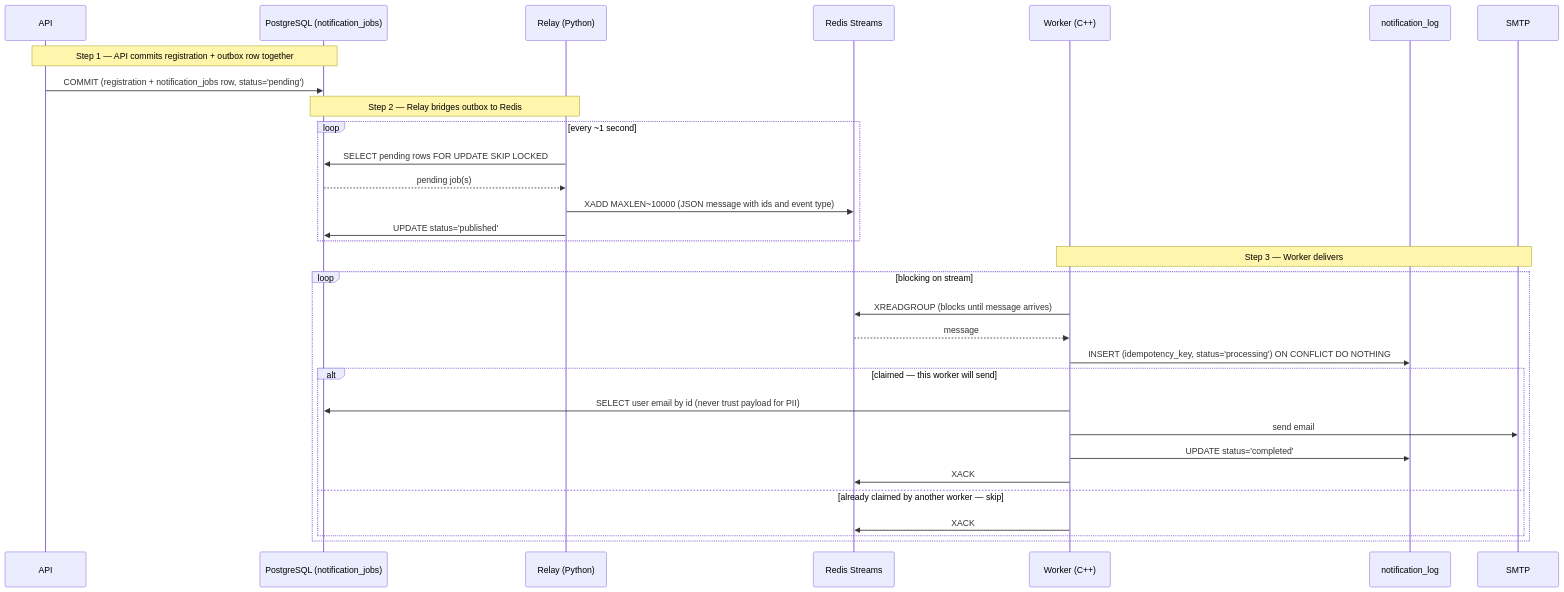
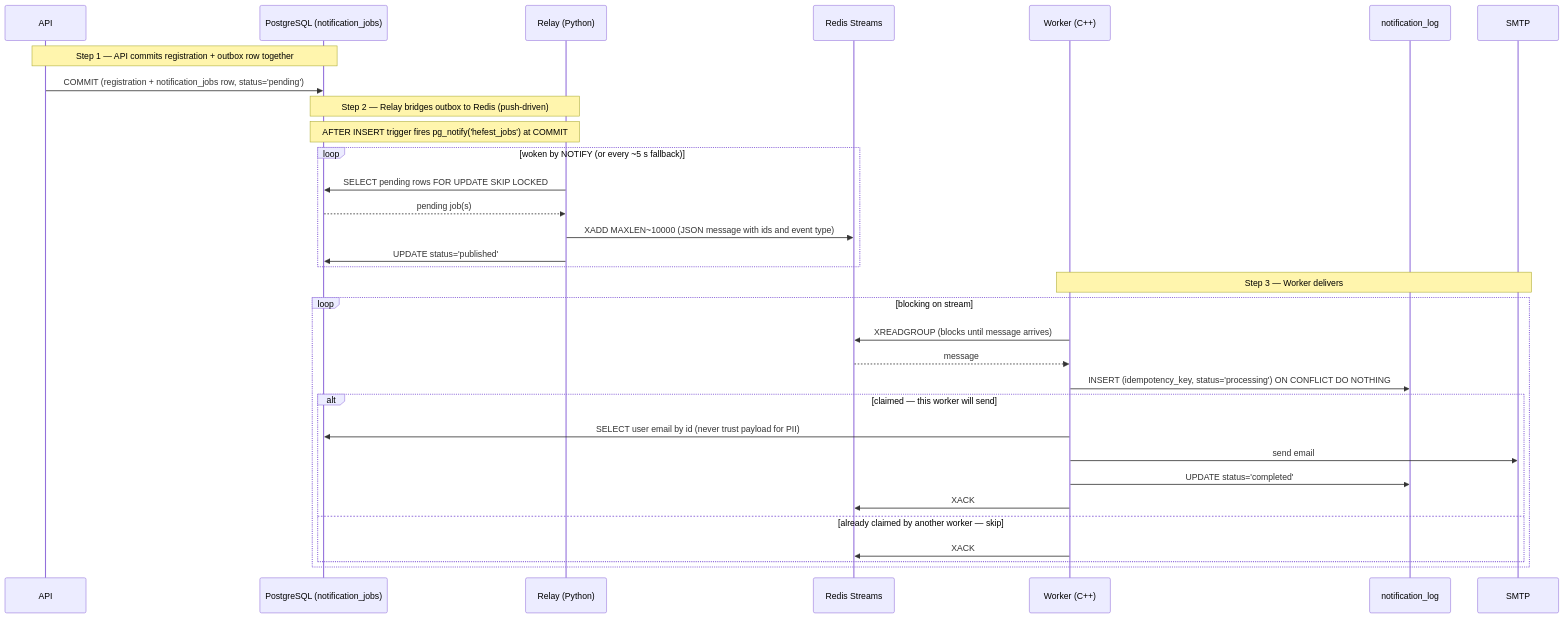
The fifth of 8 diagrams in docs/superpowers/specs/2026-06-16-backend-architecture-design.md (hefest2026/hefest-docs), drawn with Mermaid before and after one commit. The commit also changed other lines of this file, not shown here.

First line of the commit message:
docs: relay LISTEN/NOTIFY architecture decision (HEF-16)

````diff
--- a/docs/superpowers/specs/2026-06-16-backend-architecture-design.md
+++ b/docs/superpowers/specs/2026-06-16-backend-architecture-design.md
@@ -366,36 +366,37 @@
 ```mermaid
 sequenceDiagram
     participant API
     participant PG as PostgreSQL (notification_jobs)
     participant Relay as Relay (Python)
     participant Redis as Redis Streams
     participant Worker as Worker (C++)
     participant Log as notification_log
     participant SMTP
 
     Note over API,PG: Step 1 — API commits registration + outbox row together
     API->>PG: COMMIT (registration + notification_jobs row, status='pending')
 
-    Note over Relay,PG: Step 2 — Relay bridges outbox to Redis
-    loop every ~1 second
+    Note over Relay,PG: Step 2 — Relay bridges outbox to Redis (push-driven)
+    Note over PG,Relay: AFTER INSERT trigger fires pg_notify('hefest_jobs') at COMMIT
+    loop woken by NOTIFY (or every ~5 s fallback)
         Relay->>PG: SELECT pending rows FOR UPDATE SKIP LOCKED
         PG-->>Relay: pending job(s)
         Relay->>Redis: XADD MAXLEN~10000 (JSON message with ids and event type)
         Relay->>PG: UPDATE status='published'
     end
 
     Note over Worker,SMTP: Step 3 — Worker delivers
     loop blocking on stream
         Worker->>Redis: XREADGROUP (blocks until message arrives)
         Redis-->>Worker: message
         Worker->>Log: INSERT (idempotency_key, status='processing') ON CONFLICT DO NOTHING
         alt claimed — this worker will send
             Worker->>PG: SELECT user email by id (never trust payload for PII)
             Worker->>SMTP: send email
             Worker->>Log: UPDATE status='completed'
             Worker->>Redis: XACK
         else already claimed by another worker — skip
             Worker->>Redis: XACK
         end
     end
 ```
````
